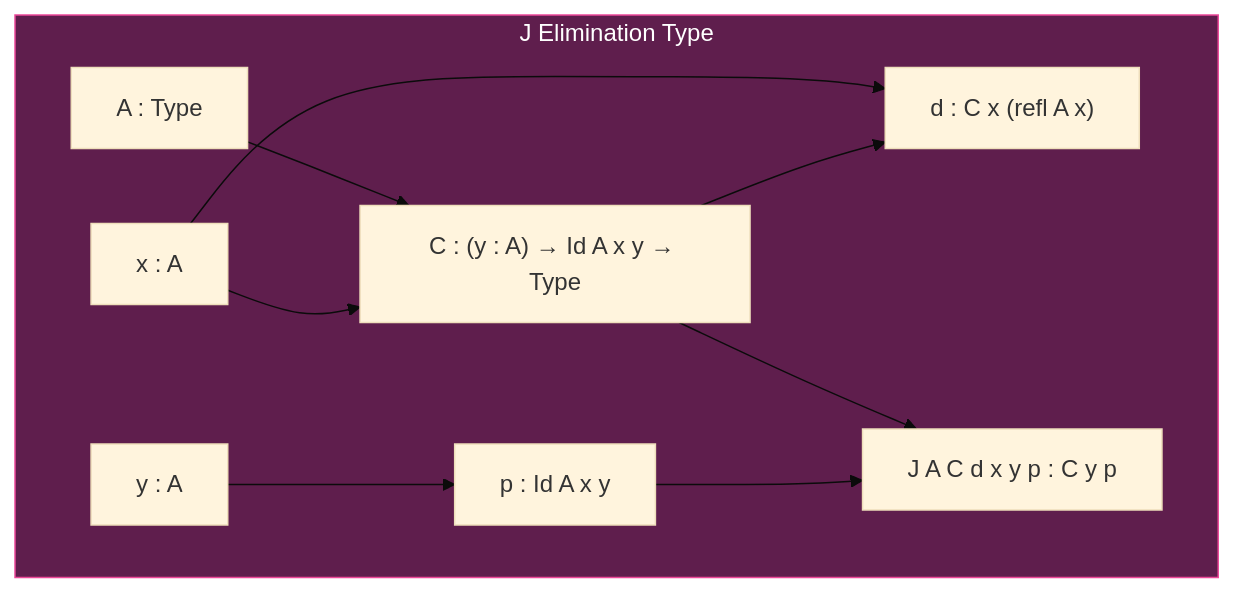
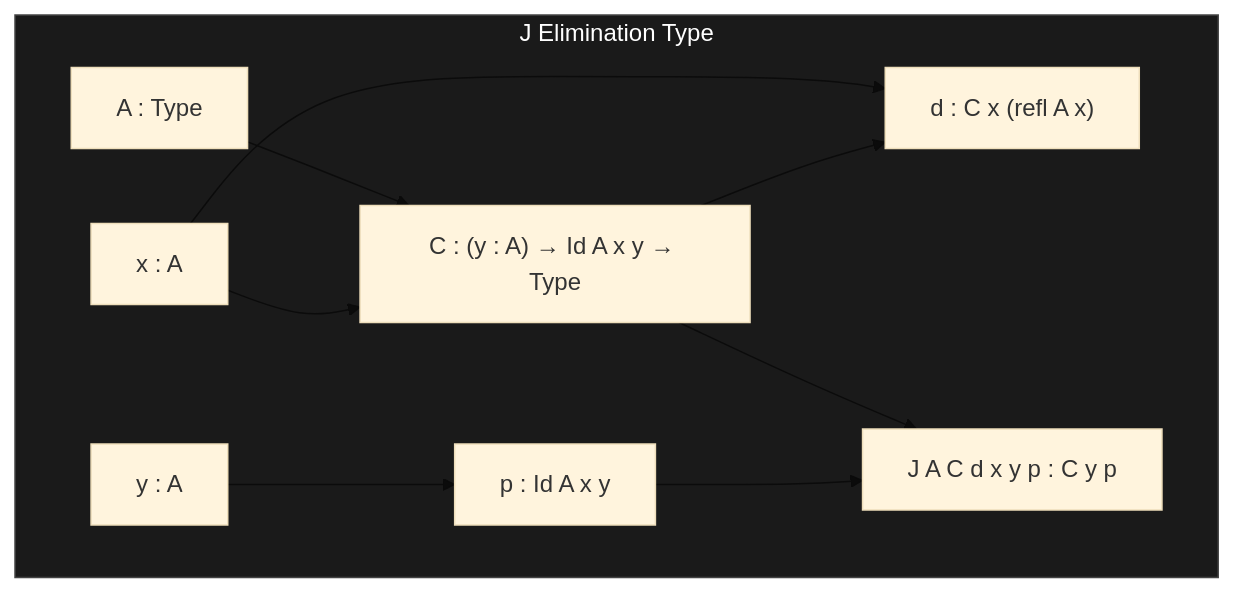
One commit to watchthelight/HypergraphGo changed diagram 16 of 23 in DIAGRAMS.md. Above: the diagram before and after it, drawn with Mermaid (base theme). The commit also changed other lines of this file, not shown here.

First line of the commit message:
docs(diagrams): use uniform dark color scheme

````diff
--- a/DIAGRAMS.md
+++ b/DIAGRAMS.md
@@ -1137,22 +1137,22 @@
 ```mermaid
 flowchart TB
     subgraph JType["J Elimination Type"]
         A["A : Type"]
         x["x : A"]
         y["y : A"]
         C["C : (y : A) → Id A x y → Type"]
         d["d : C x (refl A x)"]
         p["p : Id A x y"]
         result["J A C d x y p : C y p"]
 
         A --> C
         x --> C
         x --> d
         y --> p
         C --> d
         C --> result
         p --> result
     end
 
-    style JType fill:#5f1e4d,stroke:#ec4899,color:#fff
+    style JType fill:#1a1a1a,stroke:#444,color:#fff
 ```
````
